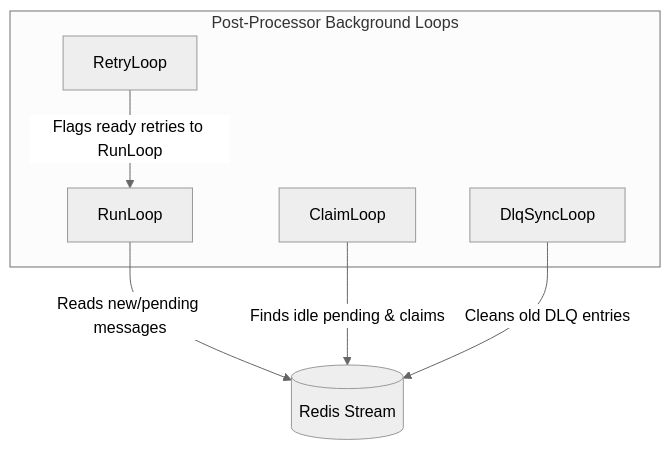
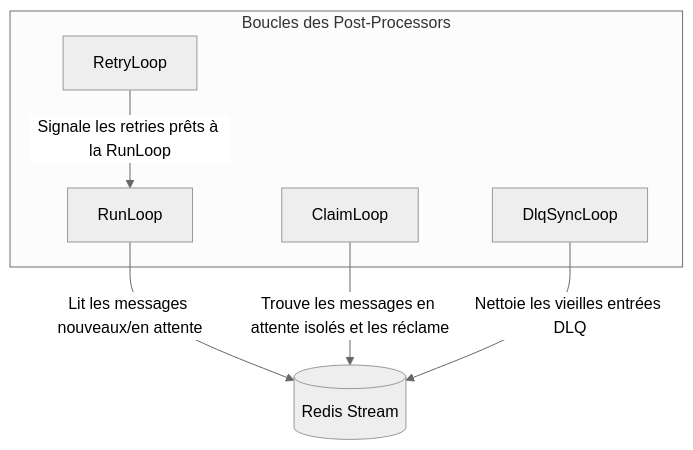
Before and after one commit to Volontariapp/npm-packages: the second of 4 diagrams in packages/post-processors/README.md, drawn with Mermaid (neutral theme). The commit also changed other lines of this file and 54 other files, not shown here.

````diff
--- a/packages/post-processors/README.md
+++ b/packages/post-processors/README.md
@@ -43,16 +43,16 @@
 ```mermaid
 graph TD
     RedisStream[(Redis Stream)]
     
-    subgraph Loops [Post-Processor Background Loops]
+    subgraph Loops [Boucles des Post-Processors]
         RL[RunLoop]
         CL[ClaimLoop]
         Retry[RetryLoop]
         DLQSync[DlqSyncLoop]
     end
     
-    RL -->|Reads new/pending messages| RedisStream
-    CL -->|Finds idle pending & claims| RedisStream
-    Retry -->|Flags ready retries to RunLoop| RL
-    DLQSync -->|Cleans old DLQ entries| RedisStream
+    RL -->|Lit les messages nouveaux/en attente| RedisStream
+    CL -->|Trouve les messages en attente isolés et les réclame| RedisStream
+    Retry -->|Signale les retries prêts à la RunLoop| RL
+    DLQSync -->|Nettoie les vieilles entrées DLQ| RedisStream
 ```
````
